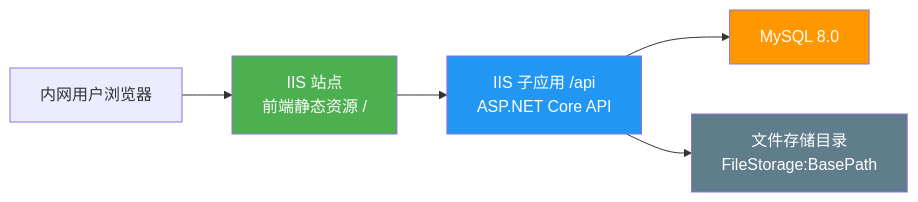
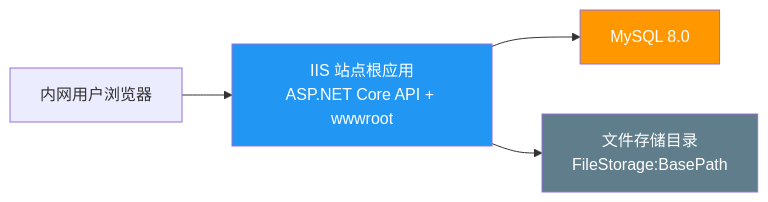
Before and after one commit to xiaocaiisxiaocai/AcceptanceSpecRecognition: diagram 24 of 28 in docs/design-overview.md, drawn with Mermaid. The commit also changed other lines of this file and 165 other files, not shown here.

````diff
--- a/docs/design-overview.md
+++ b/docs/design-overview.md
@@ -1134,12 +1134,10 @@
 ```mermaid
 graph LR
-    USER["内网用户浏览器"] --> IIS["IIS 站点<br/>前端静态资源 /"]
-    IIS --> API["IIS 子应用 /api<br/>ASP.NET Core API"]
+    USER["内网用户浏览器"] --> API["IIS 站点根应用<br/>ASP.NET Core API + wwwroot"]
     API --> MYSQL["MySQL 8.0"]
     API --> FS["文件存储目录<br/>FileStorage:BasePath"]
 
-    style IIS fill:#4CAF50,color:#fff
     style API fill:#2196F3,color:#fff
     style MYSQL fill:#FF9800,color:#fff
     style FS fill:#607D8B,color:#fff
 ```
````
